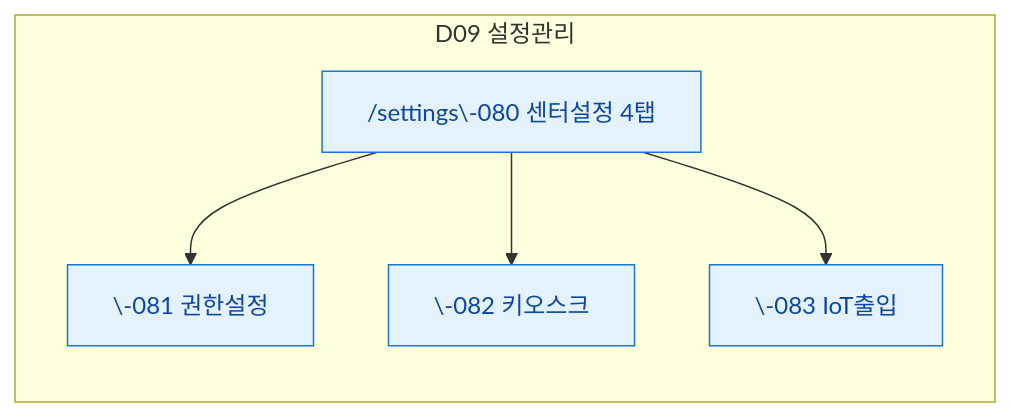
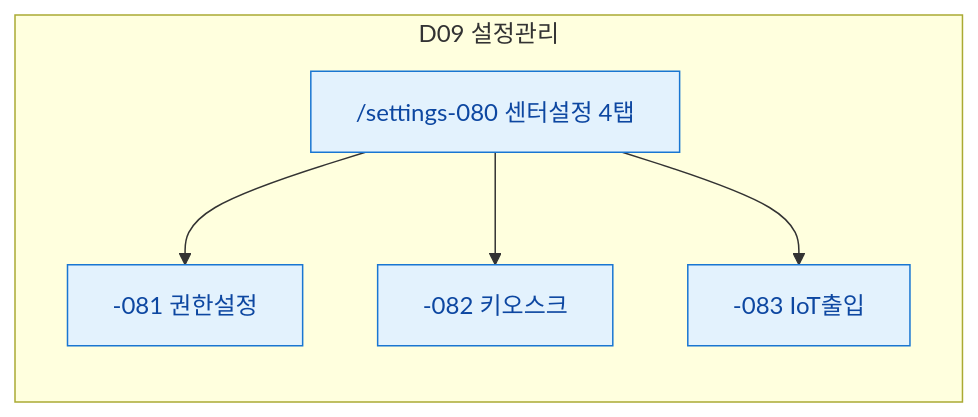
One commit to dev-spogym/admin-pando changed the tenth of 11 diagrams in docs/admin/다이어그램/00_사이트맵/N2_도메인별_사이트맵.md. Above: the diagram before and after it, drawn with Mermaid. The commit also changed other lines of this file and 369 other files, not shown here.

````diff
--- a/docs/admin/다이어그램/00_사이트맵/N2_도메인별_사이트맵.md
+++ b/docs/admin/다이어그램/00_사이트맵/N2_도메인별_사이트맵.md
@@ -240,16 +240,16 @@
 ```mermaid
 flowchart LR
     subgraph D09["D09 설정관리"]
-        SCR080["/settings\-080 센터설정 4탭"]
-        SCR081["\-081 권한설정"]
-        SCR082["\-082 키오스크"]
-        SCR083["\-083 IoT출입"]
+        SCR080["/settings-080 센터설정 4탭"]
+        SCR081["-081 권한설정"]
+        SCR082["-082 키오스크"]
+        SCR083["-083 IoT출입"]
     end
 
     SCR080 --> SCR081
     SCR080 --> SCR082
     SCR080 --> SCR083
 
     classDef screen fill:#E3F2FD,stroke:#1976D2,color:#0D47A1
     class SCR080,SCR081,SCR082,SCR083 screen
 ```
````
